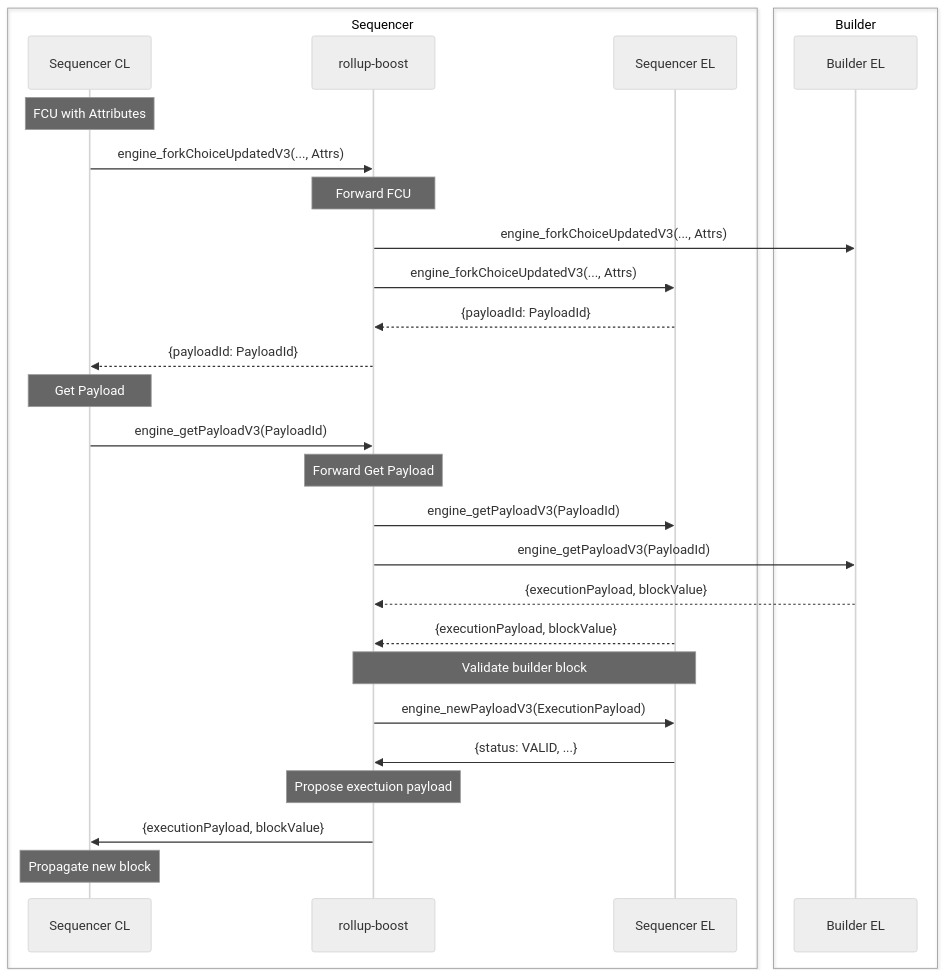
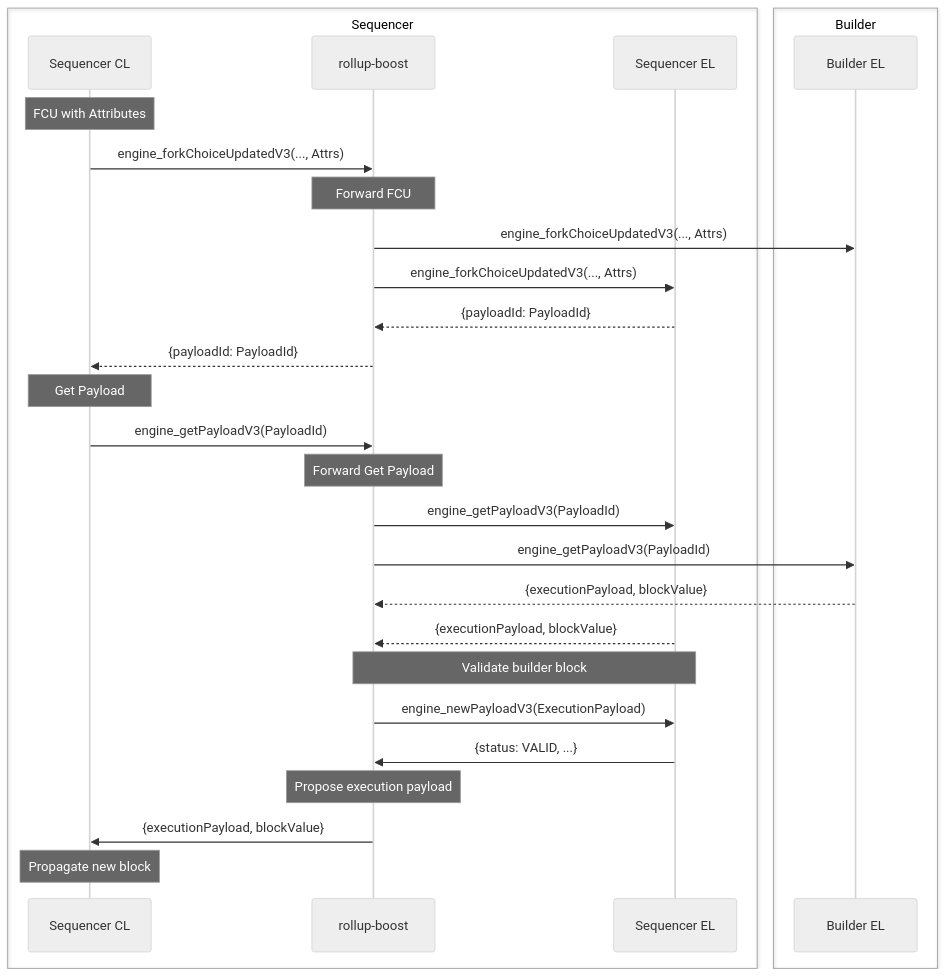
Before and after one commit to worldcoin/world-chain: the second of 2 diagrams in specs/pbh/architecture.md, drawn with Mermaid (neutral theme).

````diff
--- a/specs/pbh/architecture.md
+++ b/specs/pbh/architecture.md
@@ -43,41 +43,41 @@
 ```mermaid
 sequenceDiagram
     box Sequencer
         participant sequencer-cl as Sequencer CL
         participant rollup-boost
         participant sequencer-el as Sequencer EL
     end
     box Builder
         participant builder-el as Builder EL
     end
 
     Note over sequencer-cl: FCU with Attributes
     sequencer-cl->>rollup-boost: engine_forkChoiceUpdatedV3(..., Attrs)
 
     Note over rollup-boost: Forward FCU
     rollup-boost->>builder-el: engine_forkChoiceUpdatedV3(..., Attrs)
 
     rollup-boost->>sequencer-el: engine_forkChoiceUpdatedV3(..., Attrs)
     sequencer-el-->>rollup-boost: {payloadId: PayloadId}
     rollup-boost-->>sequencer-cl: {payloadId: PayloadId}
 
 
     Note over sequencer-cl: Get Payload
     sequencer-cl->>rollup-boost: engine_getPayloadV3(PayloadId)
     Note over rollup-boost: Forward Get Payload
     rollup-boost->>sequencer-el: engine_getPayloadV3(PayloadId)
     rollup-boost->>builder-el: engine_getPayloadV3(PayloadId)
     builder-el-->>rollup-boost: {executionPayload, blockValue}
     sequencer-el-->>rollup-boost: {executionPayload, blockValue}
 
 
 
     Note over rollup-boost, sequencer-el: Validate builder block
     rollup-boost->>sequencer-el: engine_newPayloadV3(ExecutionPayload)
     sequencer-el->>rollup-boost: {status: VALID, ...}
 
-    Note over rollup-boost: Propose exectuion payload
+    Note over rollup-boost: Propose execution payload
     rollup-boost->>sequencer-cl: {executionPayload, blockValue}
     
     Note over sequencer-cl: Propagate new block
 ```
````
